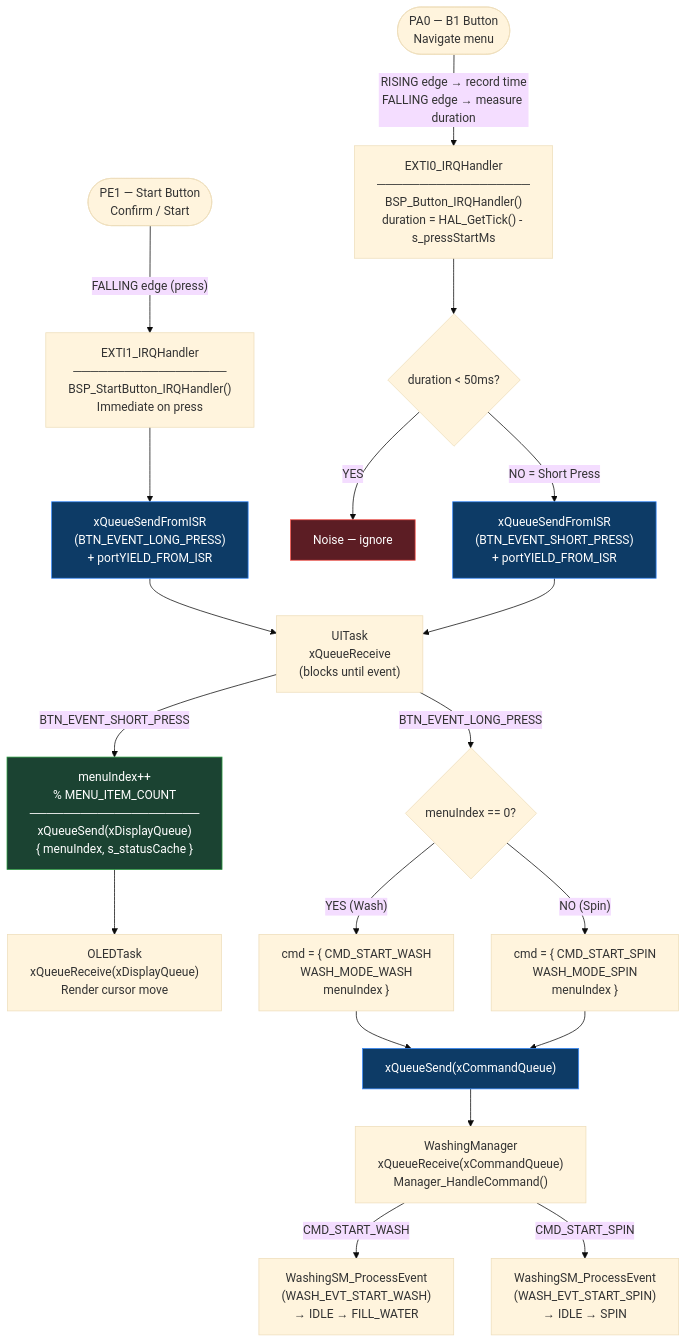
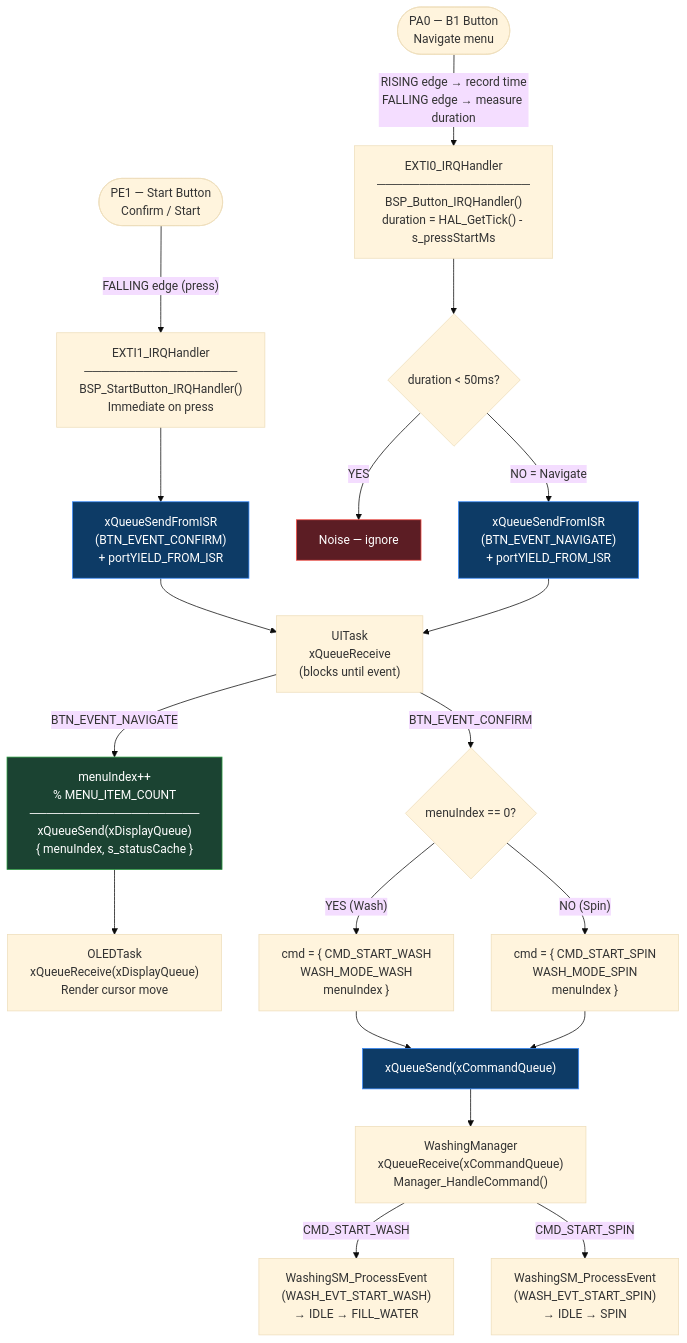
One commit to TTonyVi/Freertos_ST changed the seventh of 9 diagrams in docs/SYSTEM_DIAGRAMS.md. Above: the diagram before and after it, drawn with Mermaid (base theme). The commit also changed other lines of this file and 13 other files, not shown here.

````diff
--- a/docs/SYSTEM_DIAGRAMS.md
+++ b/docs/SYSTEM_DIAGRAMS.md
@@ -364,47 +364,47 @@
 ```mermaid
 flowchart TD
     PA0(["PA0 — B1 Button\nNavigate menu"])
     PE1(["PE1 — Start Button\nConfirm / Start"])
 
     PA0 -->|"RISING edge → record time\nFALLING edge → measure duration"| ISR0
 
     ISR0["EXTI0_IRQHandler\n──────────────────\nBSP_Button_IRQHandler()\nduration = HAL_GetTick() - s_pressStartMs"]
 
     ISR0 --> DEB{"duration < 50ms?"}
     DEB -->|YES| NOISE["Noise — ignore"]
-    DEB -->|NO = Short Press| S_SEND["xQueueSendFromISR\n(BTN_EVENT_SHORT_PRESS)\n+ portYIELD_FROM_ISR"]
+    DEB -->|NO = Navigate| S_SEND["xQueueSendFromISR\n(BTN_EVENT_NAVIGATE)\n+ portYIELD_FROM_ISR"]
 
     PE1 -->|"FALLING edge (press)"| ISR1
 
     ISR1["EXTI1_IRQHandler\n──────────────────\nBSP_StartButton_IRQHandler()\nImmediate on press"]
 
-    ISR1 --> L_SEND["xQueueSendFromISR\n(BTN_EVENT_LONG_PRESS)\n+ portYIELD_FROM_ISR"]
+    ISR1 --> L_SEND["xQueueSendFromISR\n(BTN_EVENT_CONFIRM)\n+ portYIELD_FROM_ISR"]
 
     L_SEND --> UI_RECV
     S_SEND --> UI_RECV
 
     UI_RECV["UITask\nxQueueReceive\n(blocks until event)"]
 
-    UI_RECV -->|BTN_EVENT_SHORT_PRESS| CURSOR["menuIndex++\n% MENU_ITEM_COUNT\n────────────────────\nxQueueSend(xDisplayQueue)\n{ menuIndex, s_statusCache }"]
+    UI_RECV -->|BTN_EVENT_NAVIGATE| CURSOR["menuIndex++\n% MENU_ITEM_COUNT\n────────────────────\nxQueueSend(xDisplayQueue)\n{ menuIndex, s_statusCache }"]
 
-    UI_RECV -->|BTN_EVENT_LONG_PRESS| CMD_BUILD{"menuIndex == 0?"}
+    UI_RECV -->|BTN_EVENT_CONFIRM| CMD_BUILD{"menuIndex == 0?"}
 
     CMD_BUILD -->|"YES (Wash)"| WASH_CMD["cmd = { CMD_START_WASH\nWASH_MODE_WASH\nmenuIndex }"]
     CMD_BUILD -->|"NO (Spin)"| SPIN_CMD["cmd = { CMD_START_SPIN\nWASH_MODE_SPIN\nmenuIndex }"]
 
     WASH_CMD --> SEND_CMD["xQueueSend(xCommandQueue)"]
     SPIN_CMD --> SEND_CMD
 
     SEND_CMD --> MGR["WashingManager\nxQueueReceive(xCommandQueue)\nManager_HandleCommand()"]
 
     MGR -->|CMD_START_WASH| SM_W["WashingSM_ProcessEvent\n(WASH_EVT_START_WASH)\n→ IDLE → FILL_WATER"]
     MGR -->|CMD_START_SPIN| SM_S["WashingSM_ProcessEvent\n(WASH_EVT_START_SPIN)\n→ IDLE → SPIN"]
 
     CURSOR --> OLED_UPD["OLEDTask\nxQueueReceive(xDisplayQueue)\nRender cursor move"]
 
     style NOISE fill:#5c1d24,stroke:#f85149,color:#ffffff
     style L_SEND fill:#0d3b66,stroke:#388bfd,color:#ffffff
     style S_SEND fill:#0d3b66,stroke:#388bfd,color:#ffffff
     style CURSOR fill:#1b4332,stroke:#2ea043,color:#ffffff
     style SEND_CMD fill:#0d3b66,stroke:#388bfd,color:#ffffff
 ```
````
